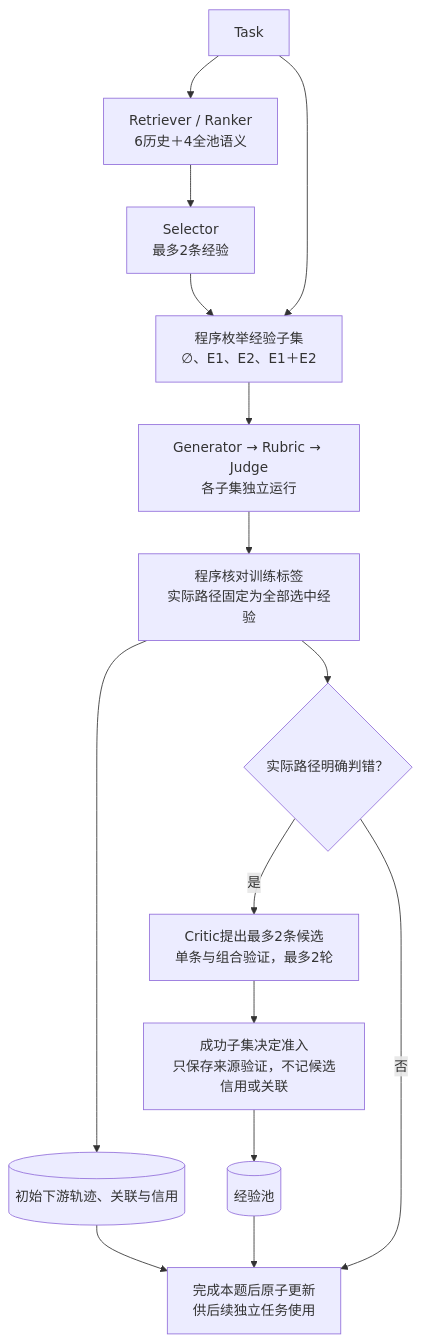
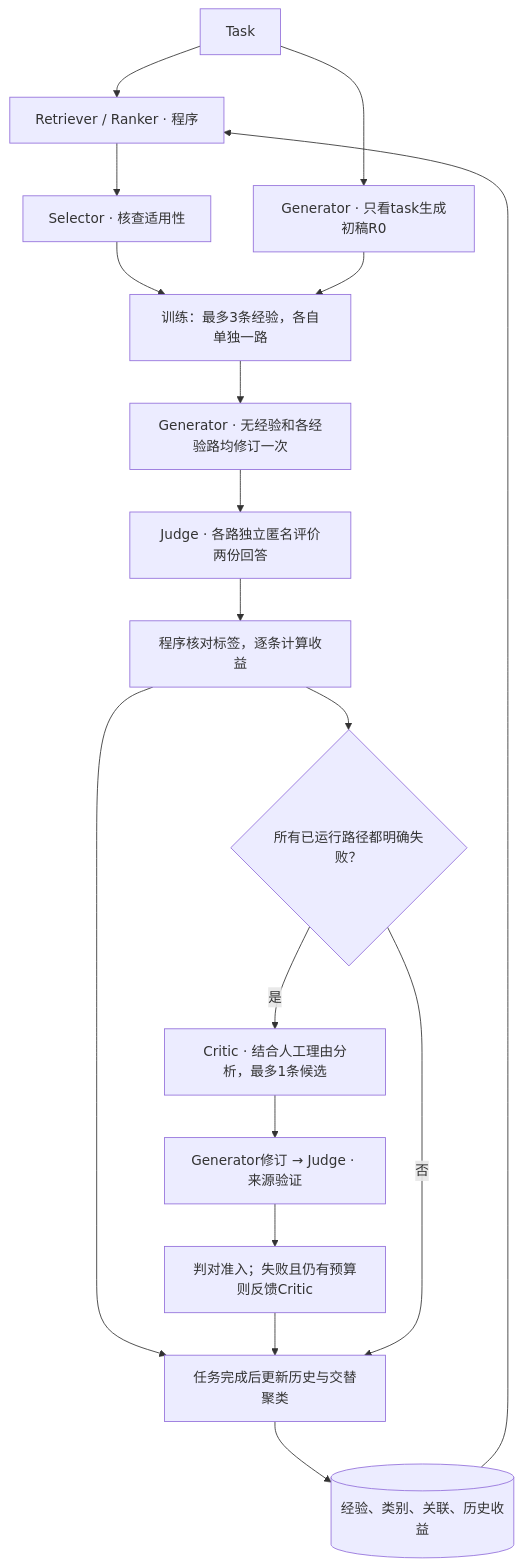
The diagram in docs/设计方案.md (ykn0309/VERGE), drawn with Mermaid before and after one commit. The commit also changed other lines of this file and 22 other files, not shown here.

````diff
--- a/docs/设计方案.md
+++ b/docs/设计方案.md
@@ -91,17 +25,20 @@
 ```mermaid
 flowchart TD
-    T["Task"] --> R["Retriever / Ranker<br/>6历史＋4全池语义"]
-    R --> S["Selector<br/>最多2条经验"]
-    S --> X["程序枚举经验子集<br/>∅、E1、E2、E1＋E2"]
-    T --> X
-    X --> G["Generator → Rubric → Judge<br/>各子集独立运行"]
-    G --> V["程序核对训练标签<br/>实际路径固定为全部选中经验"]
-    V --> H[("初始下游轨迹、关联与信用")]
-    V --> F{"实际路径明确判错？"}
-    F -->|是| C["Critic提出最多2条候选<br/>单条与组合验证，最多2轮"]
-    C --> A["成功子集决定准入<br/>只保存来源验证，不记候选信用或关联"]
-    A --> P[("经验池")]
-    H --> U["完成本题后原子更新<br/>供后续独立任务使用"]
-    P --> U
-    F -->|否| U
+    T[Task] --> R[Retriever / Ranker · 程序]
+    H[(经验、类别、关联、历史收益)] --> R
+    R --> S[Selector · 核查适用性]
+    T --> G0[Generator · 只看task生成初稿R0]
+    S --> X[训练：最多3条经验，各自单独一路]
+    G0 --> X
+    X --> G[Generator · 无经验和各经验路均修订一次]
+    G --> J[Judge · 各路独立匿名评价两份回答]
+    J --> F[程序核对标签，逐条计算收益]
+    F --> D{所有已运行路径都明确失败？}
+    D -->|是| C[Critic · 结合人工理由分析，最多1条候选]
+    C --> V[Generator修订 → Judge · 来源验证]
+    V --> A[判对准入；失败且仍有预算则反馈Critic]
+    F --> U[任务完成后更新历史与交替聚类]
+    A --> U
+    D -->|否| U
+    U --> H
 ```
````
